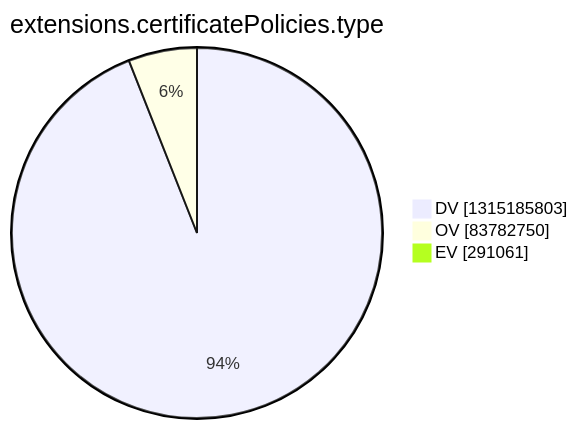
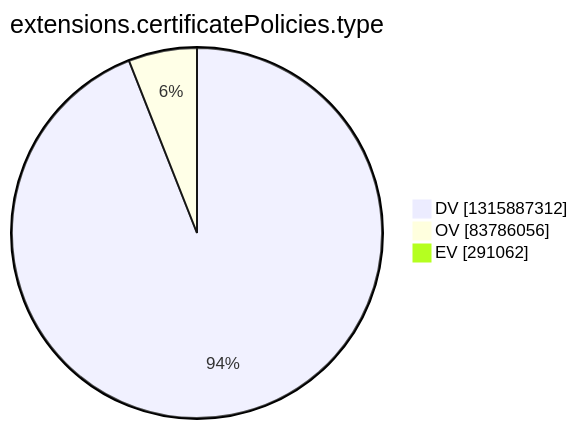
The tenth of 15 diagrams in argon2022/README.md (christiankrug/ctmonitor_visualization), drawn with Mermaid before and after one commit. The commit also changed other lines of this file, not shown here.

````diff
--- a/argon2022/README.md
+++ b/argon2022/README.md
@@ -2772,7 +2772,7 @@
 ```mermaid
 pie showData
 title extensions.certificatePolicies.type
-"DV" :1315185803
-"OV" :83782750
-"EV" :291061
+"DV" :1315887312
+"OV" :83786056
+"EV" :291062
 ```
````
